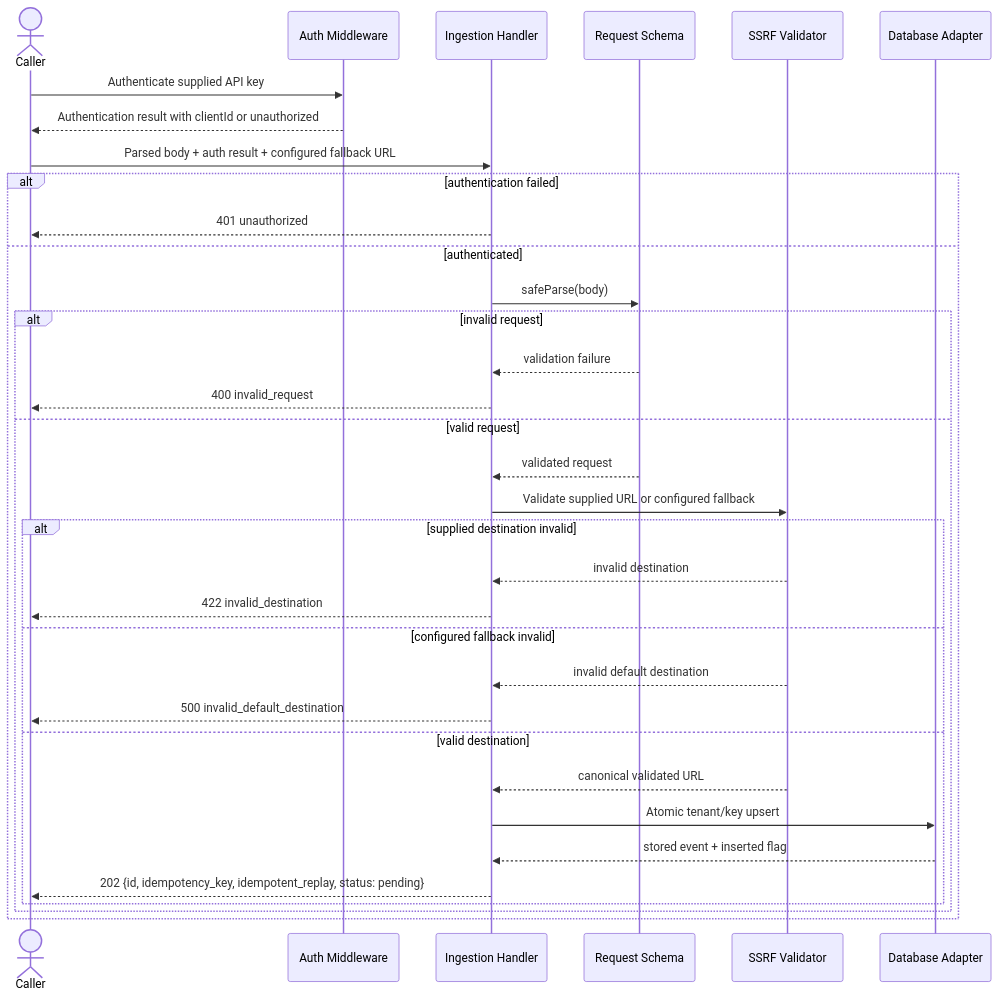
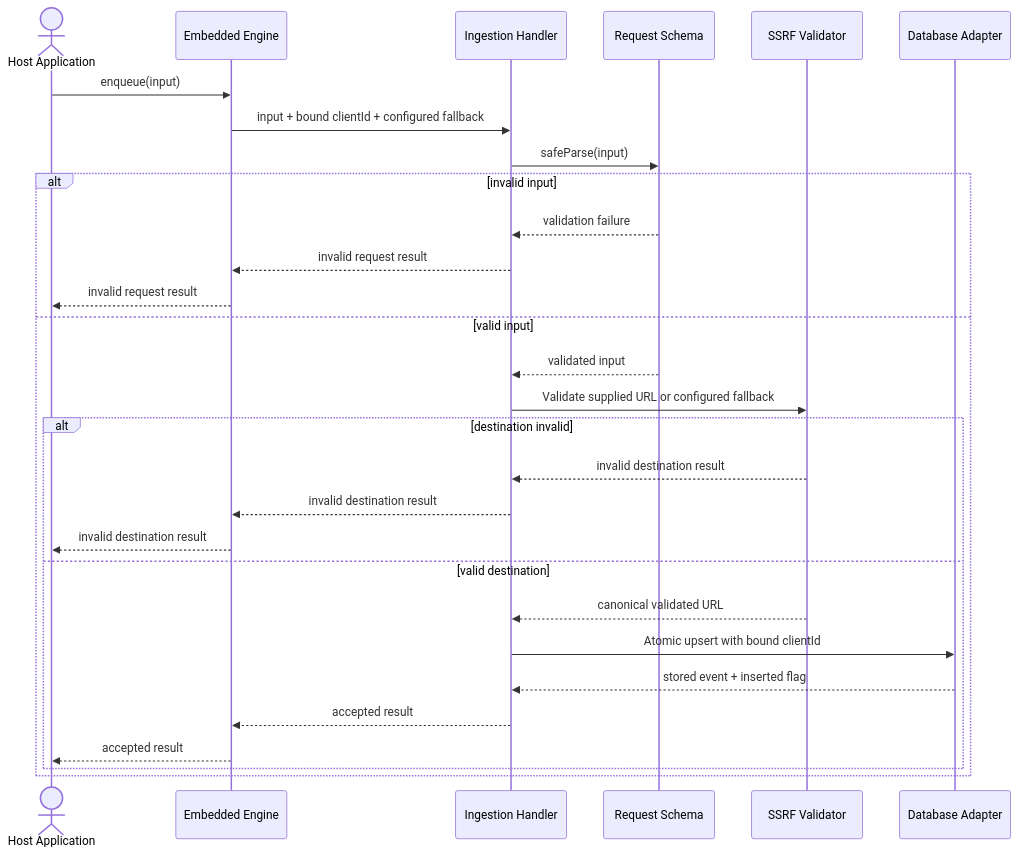
Before and after one commit to hamidjavadi/webhook-delivery-engine: the third of 4 diagrams in docs/02-design/SDD.md, drawn with Mermaid. The commit also changed other lines of this file and 11 other files, not shown here.

Commit message:
docs(scope): align v1 docs with embedded engine (closes #74)

````diff
--- a/docs/02-design/SDD.md
+++ b/docs/02-design/SDD.md
@@ -327,36 +275,31 @@
 ```mermaid
 sequenceDiagram
-    actor Caller
-    participant Auth as Auth Middleware
+    actor Host as Host Application
+    participant Engine as Embedded Engine
     participant Handler as Ingestion Handler
     participant Schema as Request Schema
     participant Val as SSRF Validator
     participant DB as Database Adapter
-    Caller->>Auth: Authenticate supplied API key
-    Auth-->>Caller: Authentication result with clientId or unauthorized
-    Caller->>Handler: Parsed body + auth result + configured fallback URL
-    alt authentication failed
-        Handler-->>Caller: 401 unauthorized
-    else authenticated
-        Handler->>Schema: safeParse(body)
-        alt invalid request
-            Schema-->>Handler: validation failure
-            Handler-->>Caller: 400 invalid_request
-        else valid request
-            Schema-->>Handler: validated request
-            Handler->>Val: Validate supplied URL or configured fallback
-            alt supplied destination invalid
-                Val-->>Handler: invalid destination
-                Handler-->>Caller: 422 invalid_destination
-            else configured fallback invalid
-                Val-->>Handler: invalid default destination
-                Handler-->>Caller: 500 invalid_default_destination
-            else valid destination
-                Val-->>Handler: canonical validated URL
-                Handler->>DB: Atomic tenant/key upsert
-                DB-->>Handler: stored event + inserted flag
-                Handler-->>Caller: 202 {id, idempotency_key, idempotent_replay, status: pending}
-            end
+    Host->>Engine: enqueue(input)
+    Engine->>Handler: input + bound clientId + configured fallback
+    Handler->>Schema: safeParse(input)
+    alt invalid input
+        Schema-->>Handler: validation failure
+        Handler-->>Engine: invalid request result
+        Engine-->>Host: invalid request result
+    else valid input
+        Schema-->>Handler: validated input
+        Handler->>Val: Validate supplied URL or configured fallback
+        alt destination invalid
+            Val-->>Handler: invalid destination result
+            Handler-->>Engine: invalid destination result
+            Engine-->>Host: invalid destination result
+        else valid destination
+            Val-->>Handler: canonical validated URL
+            Handler->>DB: Atomic upsert with bound clientId
+            DB-->>Handler: stored event + inserted flag
+            Handler-->>Engine: accepted result
+            Engine-->>Host: accepted result
         end
     end
 ```
````
